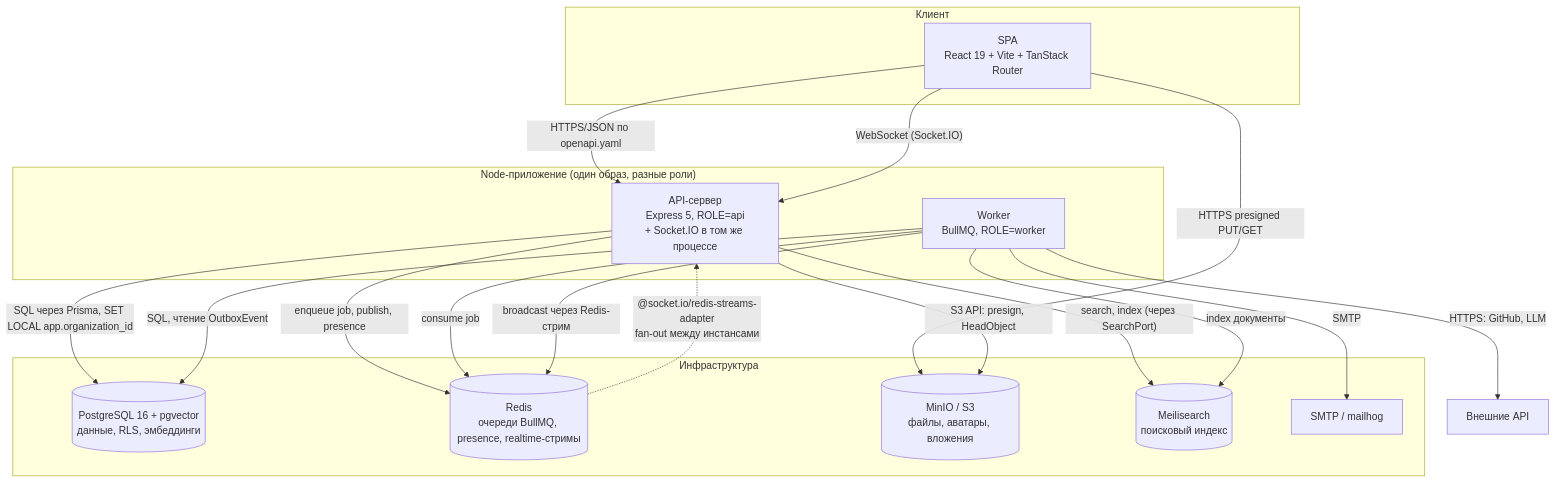
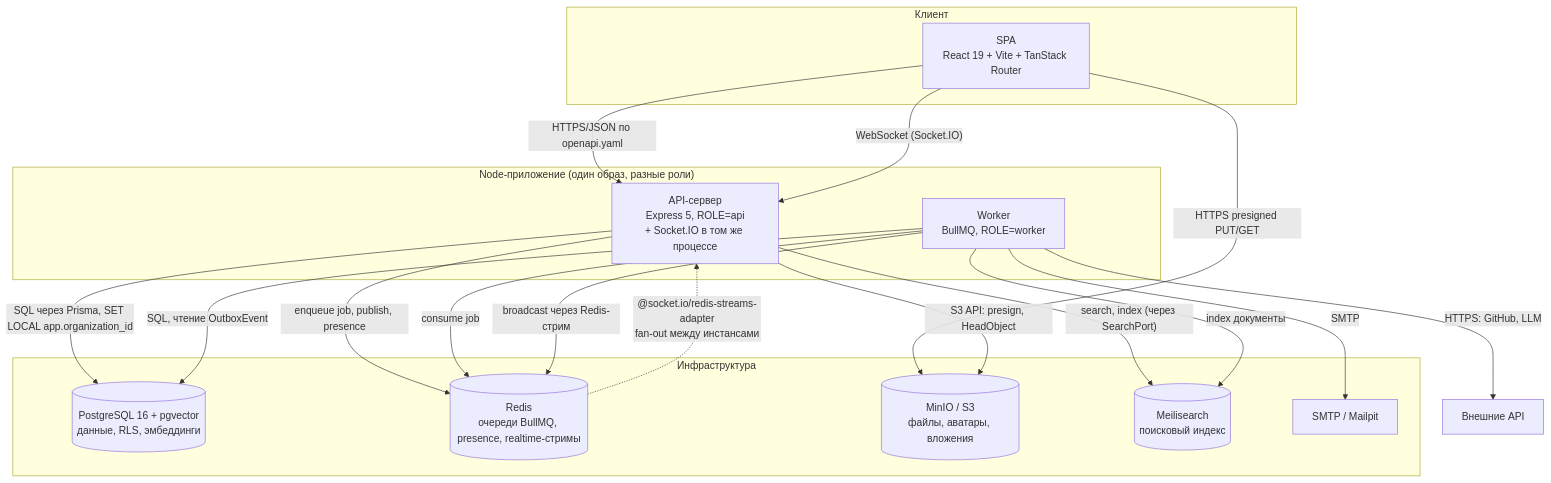
The second of 9 diagrams in docs/architecture/overview.md (code0verdose/bad-crm), drawn with Mermaid before and after one commit. The commit also changed other lines of this file and 163 other files, not shown here.

````diff
--- a/docs/architecture/overview.md
+++ b/docs/architecture/overview.md
@@ -91,37 +91,37 @@
 ```mermaid
 flowchart TB
     subgraph client_side["Клиент"]
         spa["SPA<br/>React 19 + Vite + TanStack Router"]
     end
 
     subgraph node_app["Node-приложение (один образ, разные роли)"]
         api["API-сервер<br/>Express 5, ROLE=api<br/>+ Socket.IO в том же процессе"]
         worker["Worker<br/>BullMQ, ROLE=worker"]
     end
 
     subgraph infra["Инфраструктура"]
         pg[("PostgreSQL 16 + pgvector<br/>данные, RLS, эмбеддинги")]
         redis[("Redis<br/>очереди BullMQ, presence, realtime-стримы")]
         minio[("MinIO / S3<br/>файлы, аватары, вложения")]
         meili[("Meilisearch<br/>поисковый индекс")]
-        smtp["SMTP / mailhog"]
+        smtp["SMTP / Mailpit"]
     end
 
     spa -->|"HTTPS/JSON по openapi.yaml"| api
     spa -->|"WebSocket (Socket.IO)"| api
     spa -->|"HTTPS presigned PUT/GET"| minio
 
     api -->|"SQL через Prisma, SET LOCAL app.organization_id"| pg
     api -->|"enqueue job, publish, presence"| redis
     api -->|"S3 API: presign, HeadObject"| minio
     api -->|"search, index (через SearchPort)"| meili
 
     worker -->|"SQL, чтение OutboxEvent"| pg
     worker -->|"consume job"| redis
     worker -->|"index документы"| meili
     worker -->|"SMTP"| smtp
     worker -->|"broadcast через Redis-стрим"| redis
     worker -->|"HTTPS: GitHub, LLM"| ext["Внешние API"]
 
     redis -.->|"@socket.io/redis-streams-adapter<br/>fan-out между инстансами"| api
 ```
````
